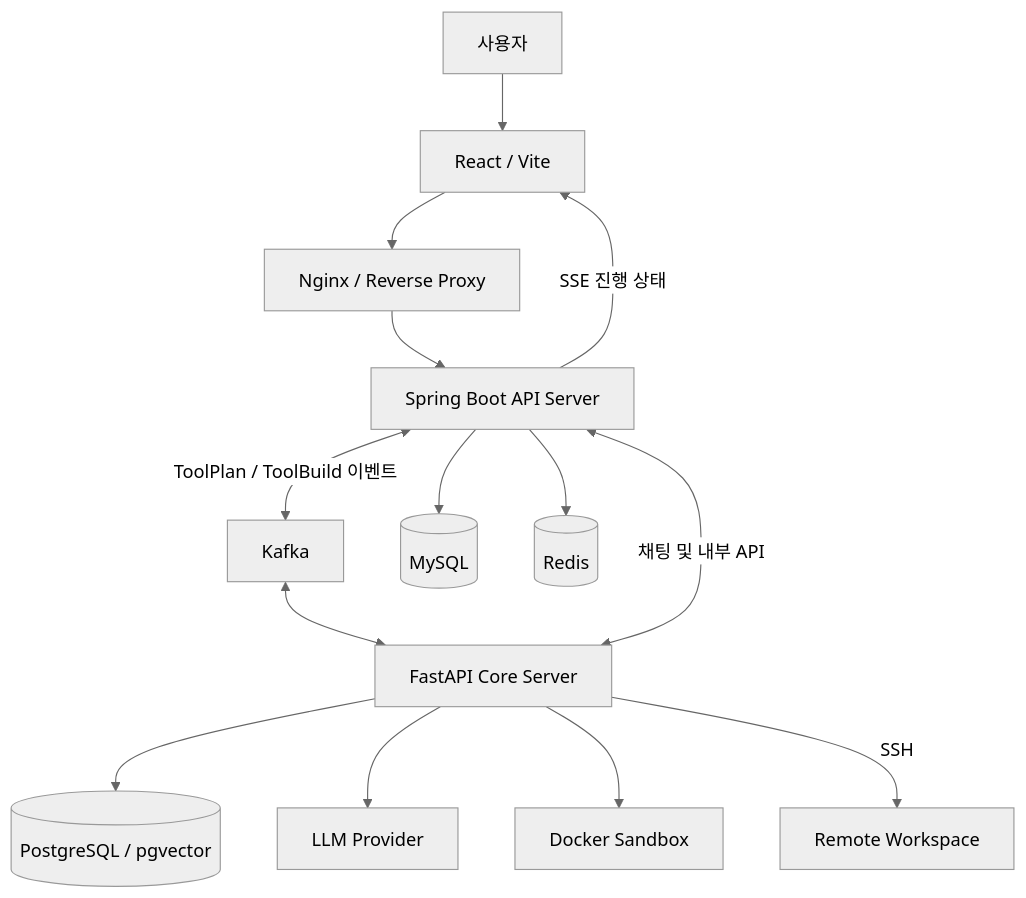
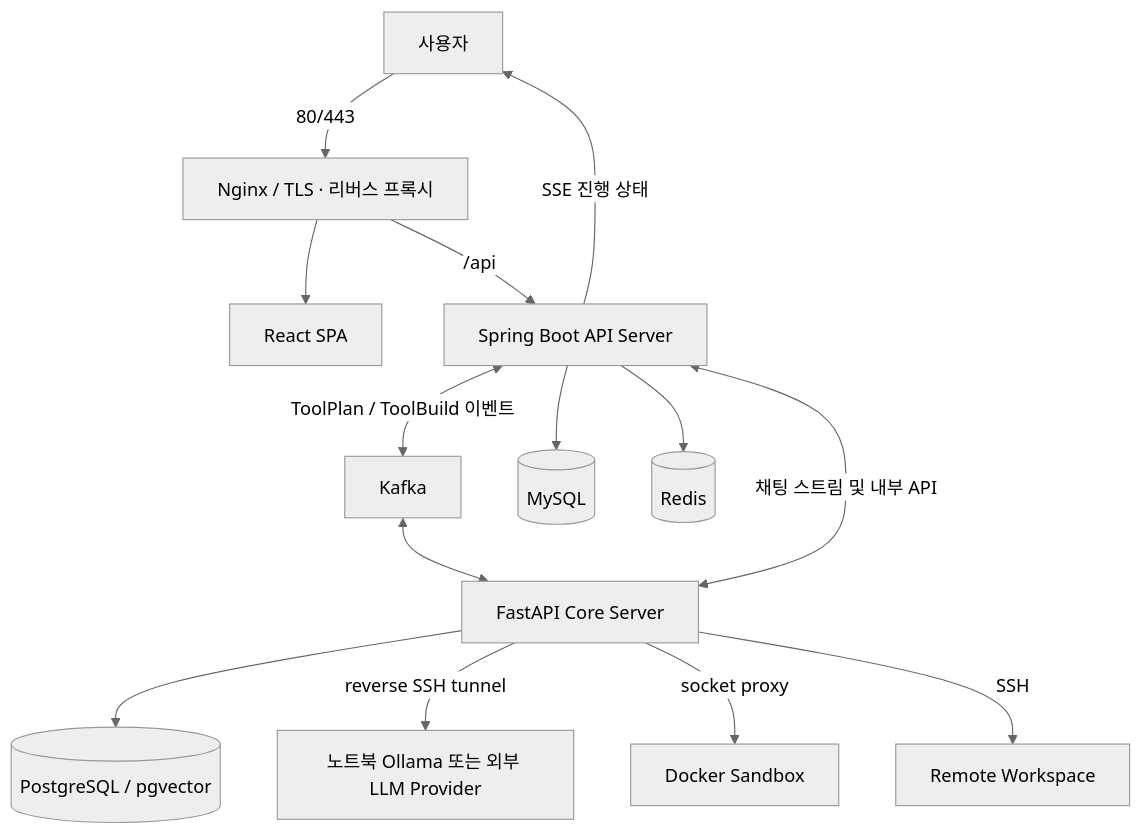
The second of 2 diagrams in README.md (karneva/Theseus), drawn with Mermaid (neutral theme) before and after one commit. The commit also changed other lines of this file and 18 other files, not shown here.

````diff
--- a/README.md
+++ b/README.md
@@ -203,16 +247,16 @@
 ```mermaid
 flowchart TB
-    U[사용자] --> FE[React / Vite]
-    FE --> N[Nginx / Reverse Proxy]
-    N --> API[Spring Boot API Server]
+    U[사용자] -->|80/443| N[Nginx / TLS · 리버스 프록시]
+    N --> FE[React SPA]
+    N -->|/api| API[Spring Boot API Server]
     API <-->|ToolPlan / ToolBuild 이벤트| K[Kafka]
     K <--> CORE[FastAPI Core Server]
-    API <-->|채팅 및 내부 API| CORE
-    API -->|SSE 진행 상태| FE
+    API <-->|채팅 스트림 및 내부 API| CORE
+    API -->|SSE 진행 상태| U
     API --> MYSQL[(MySQL)]
     API --> REDIS[(Redis)]
     CORE --> PG[(PostgreSQL / pgvector)]
-    CORE --> LLM[LLM Provider]
-    CORE --> BOX[Docker Sandbox]
+    CORE -->|reverse SSH tunnel| LLM[노트북 Ollama 또는 외부 LLM Provider]
+    CORE -->|socket proxy| BOX[Docker Sandbox]
     CORE -->|SSH| REMOTE[Remote Workspace]
 ```
````
